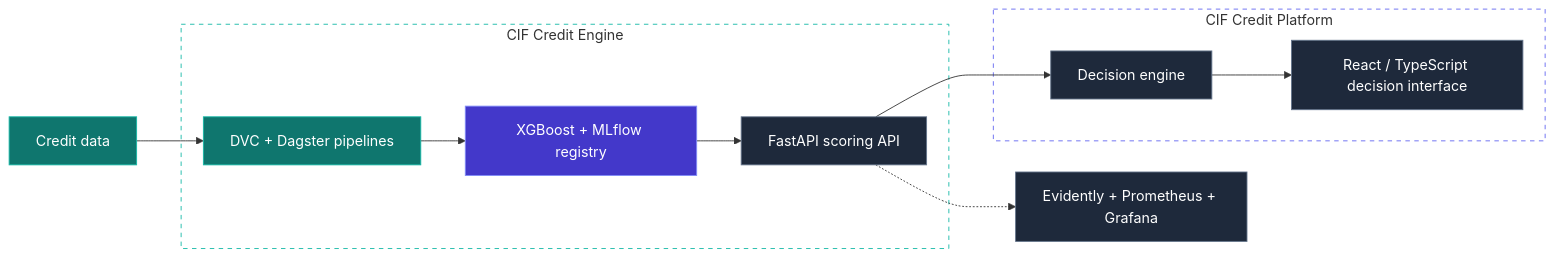
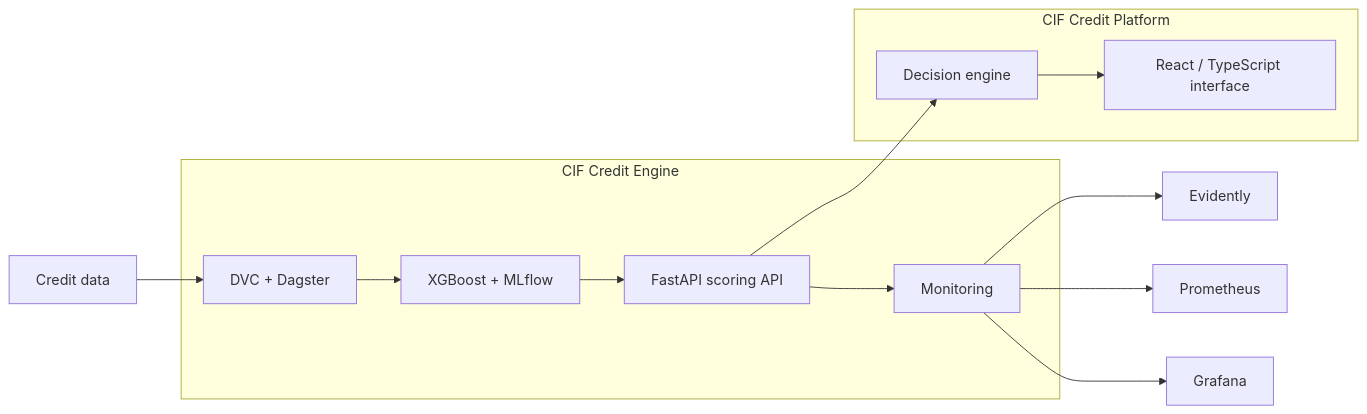
The diagram in README.md (Sow221/Sow221), drawn with Mermaid before and after one commit. The commit also changed other lines of this file, not shown here.

````diff
--- a/README.md
+++ b/README.md
@@ -148,40 +104,25 @@
 ```mermaid
 flowchart LR
+    A[Credit data] --> B[DVC + Dagster]
+    B --> C[XGBoost + MLflow]
+    C --> D[FastAPI scoring API]
+    D --> E[Decision engine]
+    E --> F[React / TypeScript interface]
 
-    D[Credit data]
-    P[DVC + Dagster pipelines]
-    M[XGBoost + MLflow registry]
-    A[FastAPI scoring API]
-    E[Decision engine]
-    U[React / TypeScript decision interface]
-    O[Evidently + Prometheus + Grafana]
+    D --> G[Monitoring]
+    G --> H[Evidently]
+    G --> I[Prometheus]
+    G --> J[Grafana]
 
-    D --> P
-    P --> M
-    M --> A
-    A --> E
-    E --> U
-    A -.-> O
-
-    subgraph ENGINE["CIF Credit Engine"]
-        P
-        M
-        A
+    subgraph CIF_ENGINE["CIF Credit Engine"]
+        B
+        C
+        D
+        G
     end
 
-    subgraph PLATFORM["CIF Credit Platform"]
+    subgraph CIF_PLATFORM["CIF Credit Platform"]
         E
-        U
+        F
     end
-
-    classDef data fill:#0F766E,stroke:#14B8A6,color:#FFFFFF
-    classDef ml fill:#4338CA,stroke:#818CF8,color:#FFFFFF
-    classDef app fill:#1E293B,stroke:#64748B,color:#FFFFFF
-
-    class D,P data
-    class M ml
-    class A,E,U,O app
-
-    style ENGINE fill:transparent,stroke:#14B8A6,stroke-dasharray:5 5
-    style PLATFORM fill:transparent,stroke:#6366F1,stroke-dasharray:5 5
 ```
````
